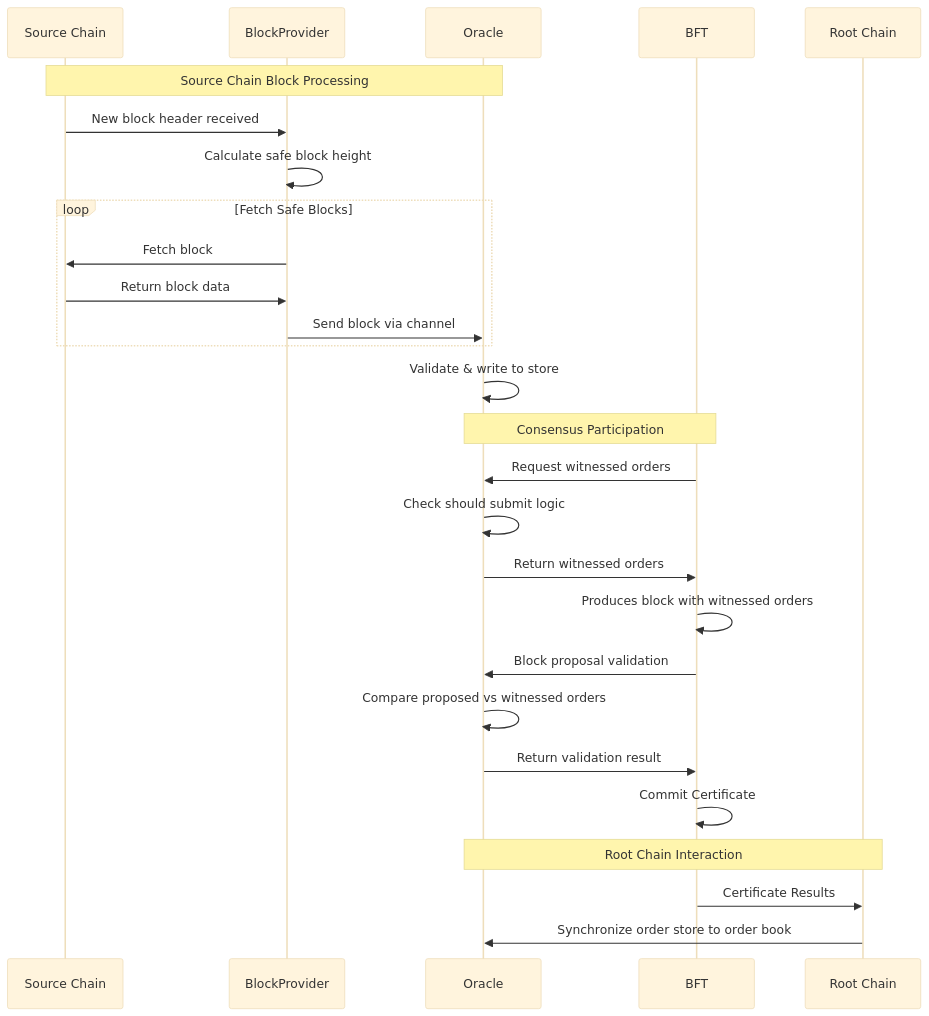
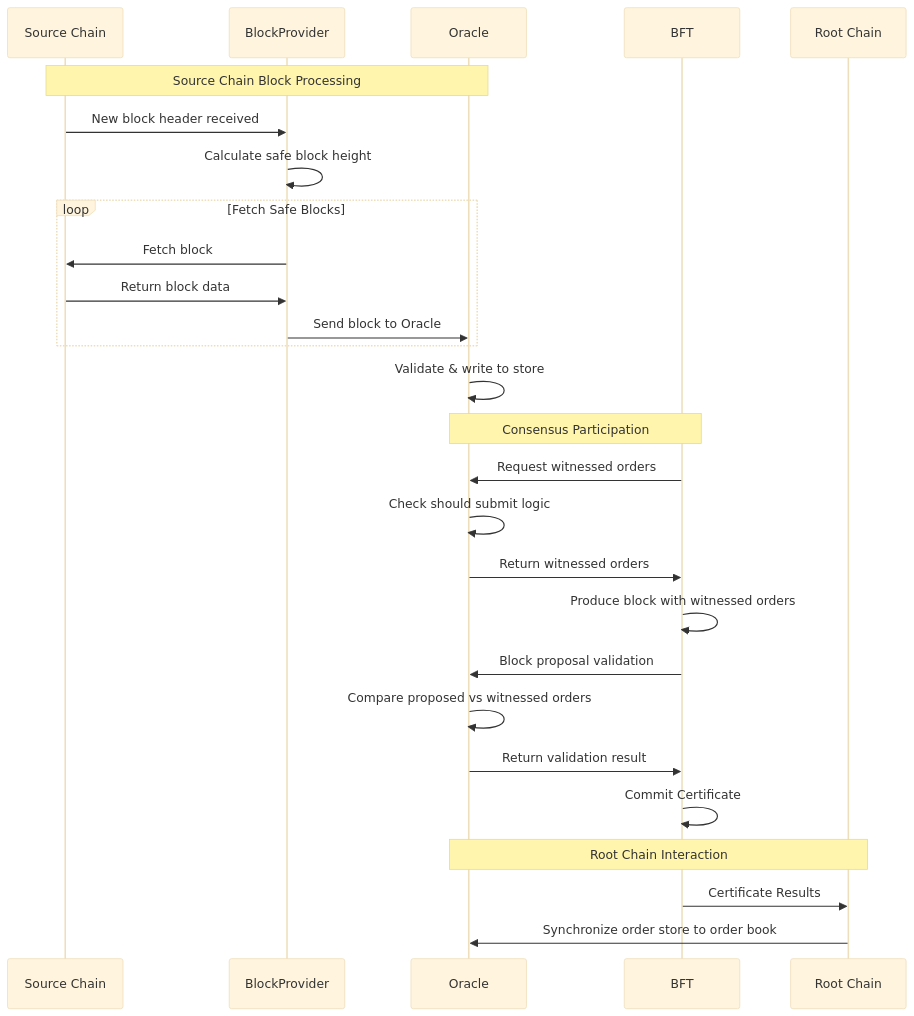
One commit to canopy-network/canopy changed the diagram in cmd/rpc/oracle/README.md. Above: the diagram before and after it, drawn with Mermaid (base theme).

````diff
--- a/cmd/rpc/oracle/README.md
+++ b/cmd/rpc/oracle/README.md
@@ -44,39 +44,39 @@
 ```mermaid
 sequenceDiagram
     participant SC as Source Chain
     participant BP as BlockProvider
     participant O as Oracle
     participant BFT as BFT
     participant RC as Root Chain
 
     %% Block retrieval and processing
     Note over SC,O: Source Chain Block Processing
     SC->>BP: New block header received
     BP->>BP: Calculate safe block height
 loop Fetch Safe Blocks
     BP->>SC: Fetch block
     SC->>BP: Return block data
-    BP->>O: Send block via channel
+    BP->>O: Send block to Oracle
 end
     
     %% Oracle block processing
     O->>O: Validate & write to store
     
     Note over BFT,O: Consensus Participation
     %% BFT consensus integration
     BFT->>O: Request witnessed orders
     O->>O: Check should submit logic
     O->>BFT: Return witnessed orders
-    BFT->>BFT: Produces block with witnessed orders
+    BFT->>BFT: Produce block with witnessed orders
     
     %% Block proposal validation
     BFT->>O: Block proposal validation
     O->>O: Compare proposed vs witnessed orders
     O->>BFT: Return validation result
     BFT->>BFT: Commit Certificate
     
     Note over O,RC: Root Chain Interaction
     %% Root Chain interaction
     BFT->>RC: Certificate Results
     RC->>O: Synchronize order store to order book
 ```
````
